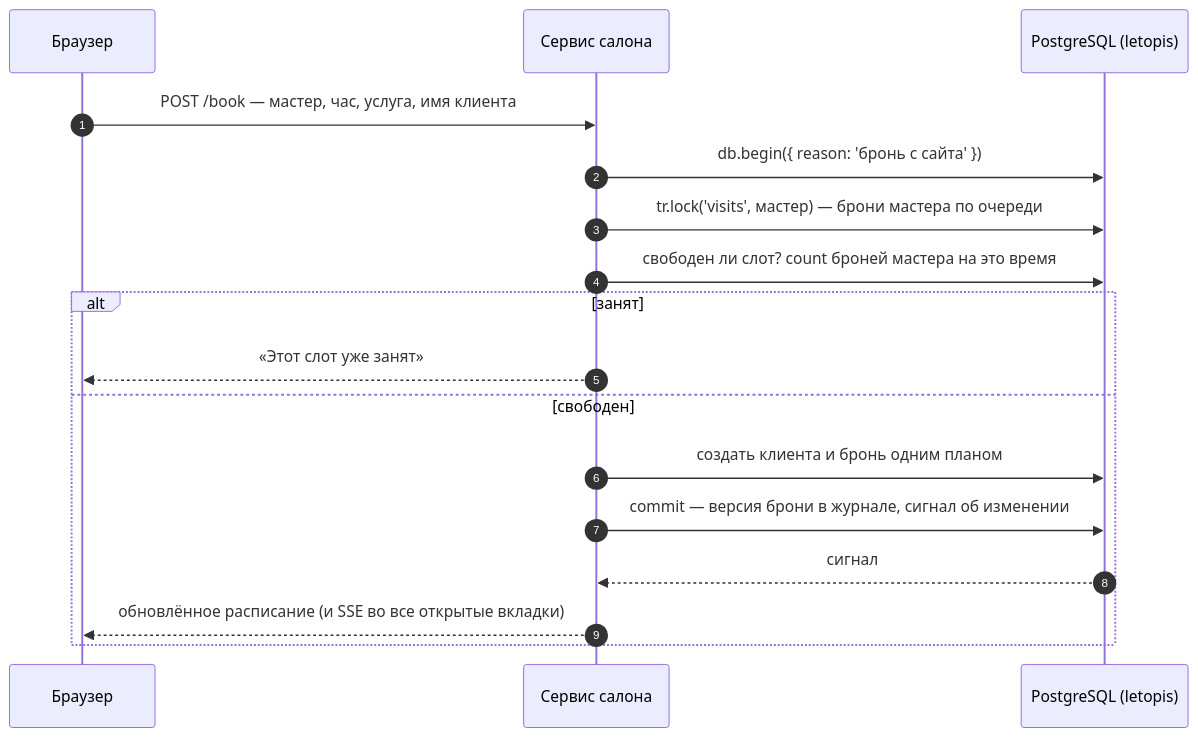
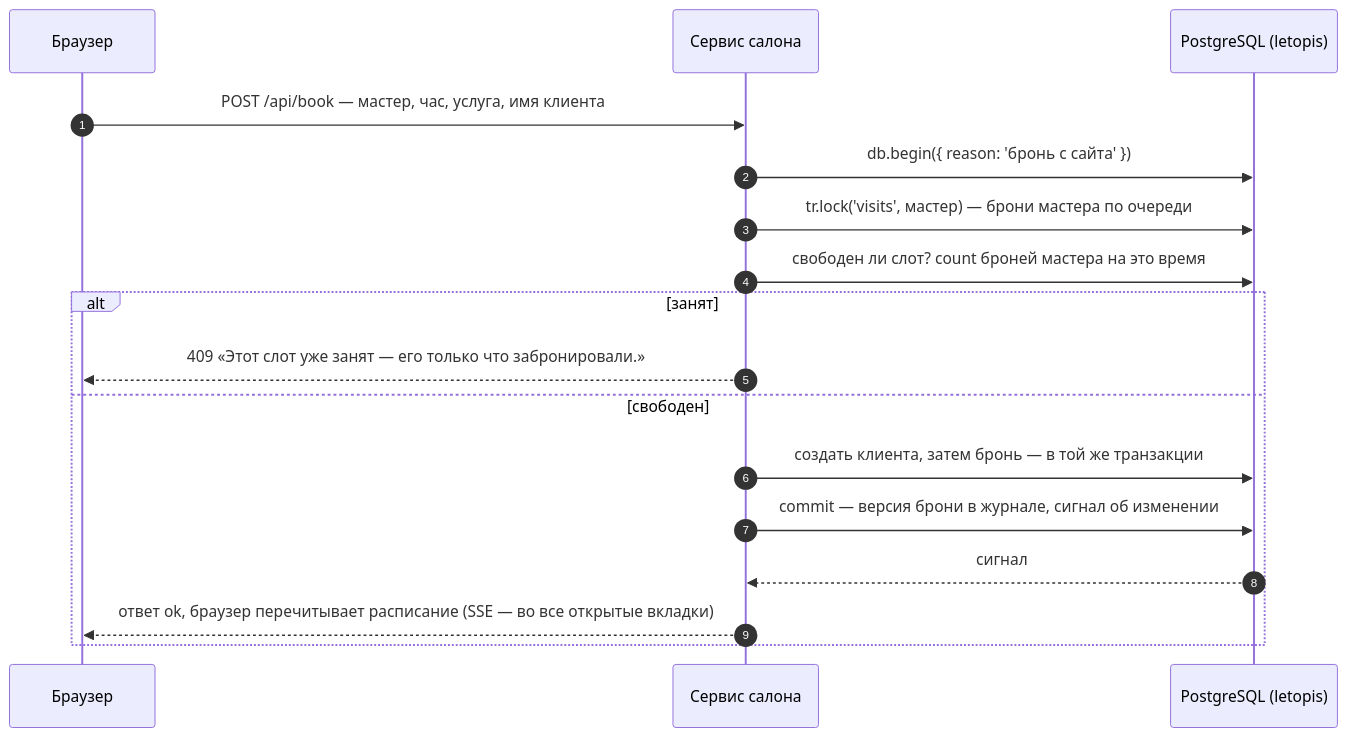
Before and after one commit to alepri51/letopis: the second of 3 diagrams in guide/pages/services/salon.md, drawn with Mermaid. The commit also changed other lines of this file and 12 other files, not shown here.

````diff
--- a/guide/pages/services/salon.md
+++ b/guide/pages/services/salon.md
@@ -161,19 +162,19 @@
 ```mermaid
 sequenceDiagram
   autonumber
   participant B as Браузер
   participant S as Сервис салона
   participant DB as PostgreSQL (letopis)
-  B->>S: POST /book — мастер, час, услуга, имя клиента
+  B->>S: POST /api/book — мастер, час, услуга, имя клиента
   S->>DB: db.begin({ reason: 'бронь с сайта' })
   S->>DB: tr.lock('visits', мастер) — брони мастера по очереди
   S->>DB: свободен ли слот? count броней мастера на это время
   alt занят
-    S-->>B: «Этот слот уже занят»
+    S-->>B: 409 «Этот слот уже занят — его только что забронировали.»
   else свободен
-    S->>DB: создать клиента и бронь одним планом
+    S->>DB: создать клиента, затем бронь — в той же транзакции
     S->>DB: commit — версия брони в журнале, сигнал об изменении
     DB-->>S: сигнал
-    S-->>B: обновлённое расписание (и SSE во все открытые вкладки)
+    S-->>B: ответ ok, браузер перечитывает расписание (SSE — во все открытые вкладки)
   end
 ```
````
